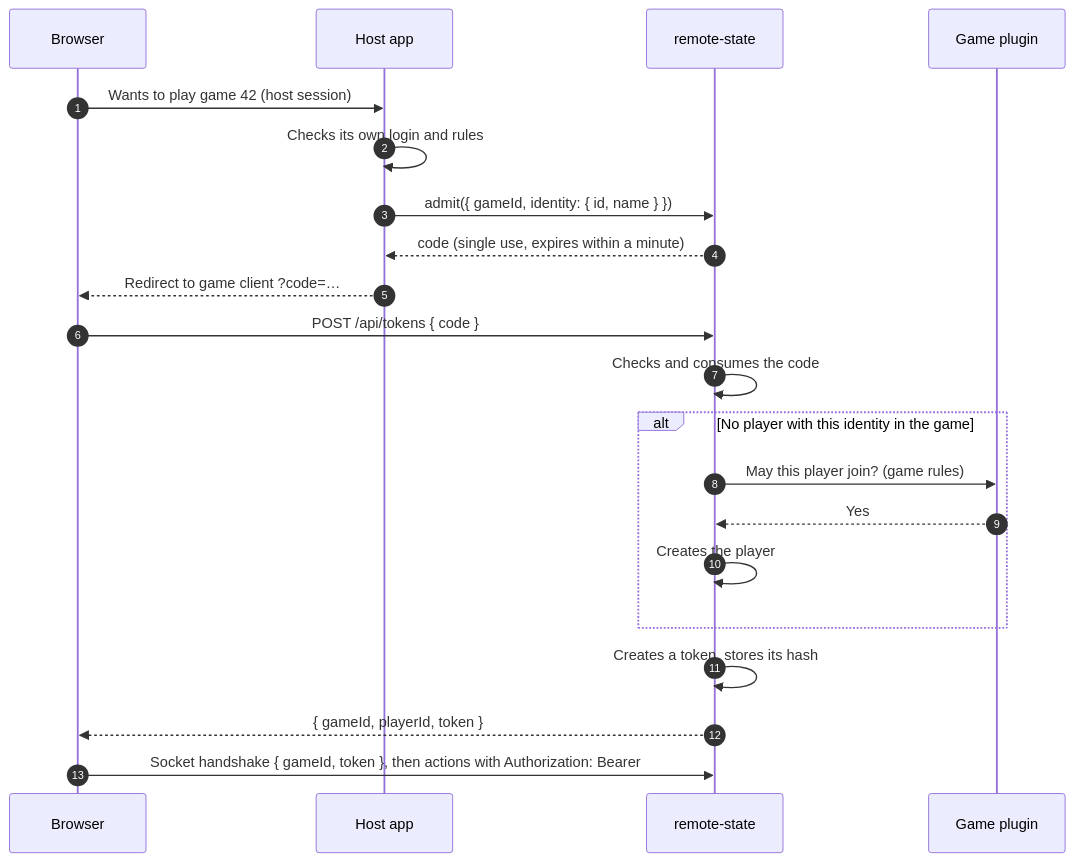
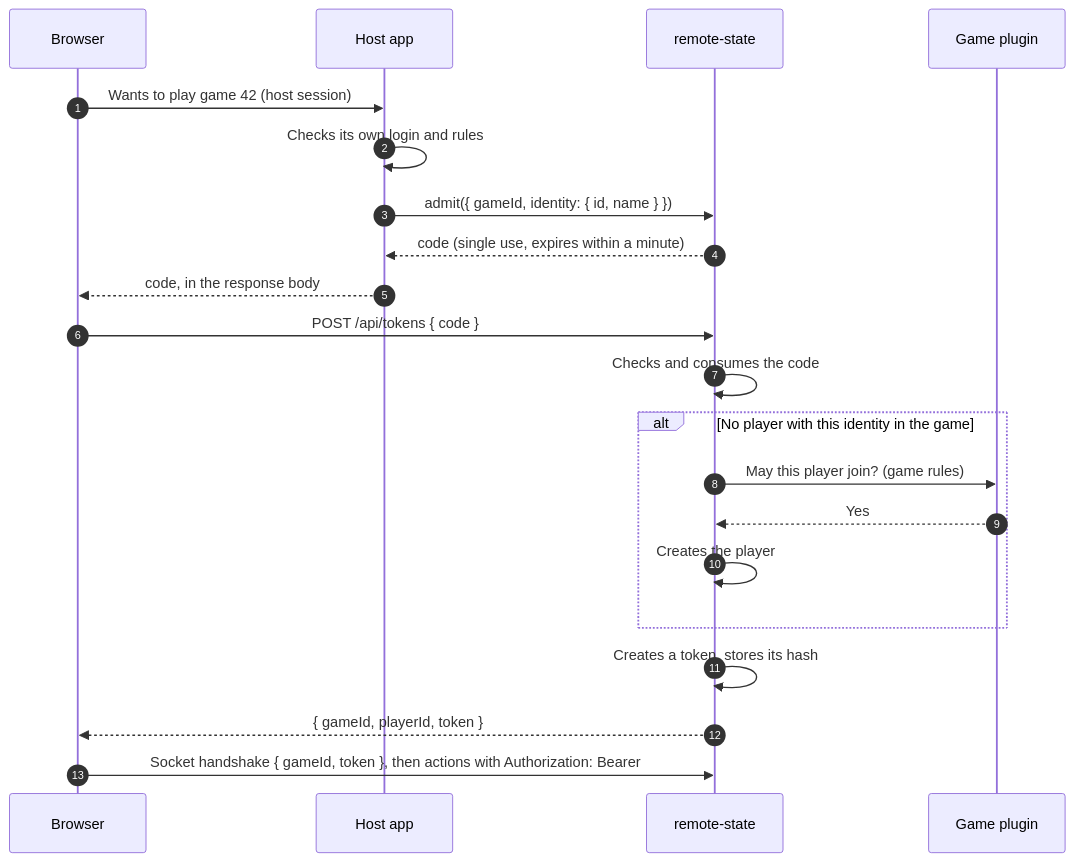
The diagram in docs/explanation/designs/authorization.md (maltemuth/remote-state), drawn with Mermaid before and after one commit. The commit also changed other lines of this file and 4 other files, not shown here.

````diff
--- a/docs/explanation/designs/authorization.md
+++ b/docs/explanation/designs/authorization.md
@@ -31,24 +33,24 @@
 ```mermaid
 sequenceDiagram
     autonumber
     participant B as Browser
     participant H as Host app
     participant L as remote-state
     participant G as Game plugin
 
     B->>H: Wants to play game 42 (host session)
     H->>H: Checks its own login and rules
     H->>L: admit({ gameId, identity: { id, name } })
     L-->>H: code (single use, expires within a minute)
-    H-->>B: Redirect to game client ?code=…
+    H-->>B: code, in the response body
     B->>L: POST /api/tokens { code }
     L->>L: Checks and consumes the code
     alt No player with this identity in the game
         L->>G: May this player join? (game rules)
         G-->>L: Yes
         L->>L: Creates the player
     end
     L->>L: Creates a token, stores its hash
     L-->>B: { gameId, playerId, token }
     B->>L: Socket handshake { gameId, token }, then actions with Authorization: Bearer
 ```
````
